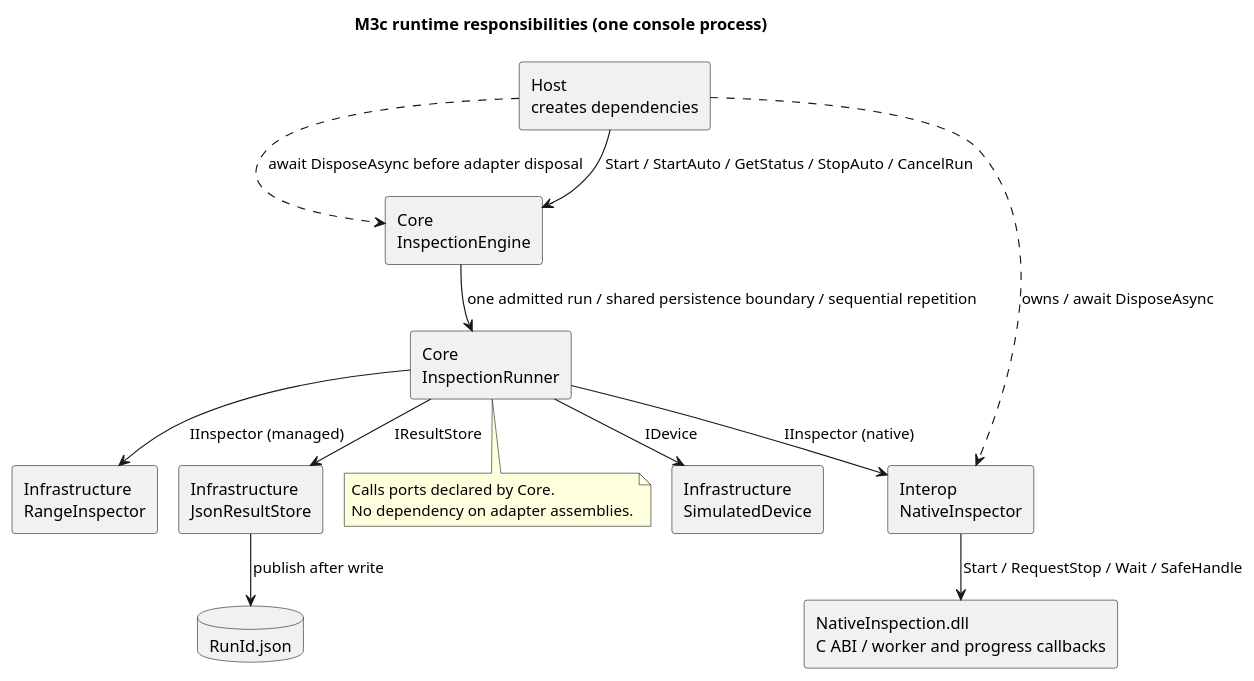
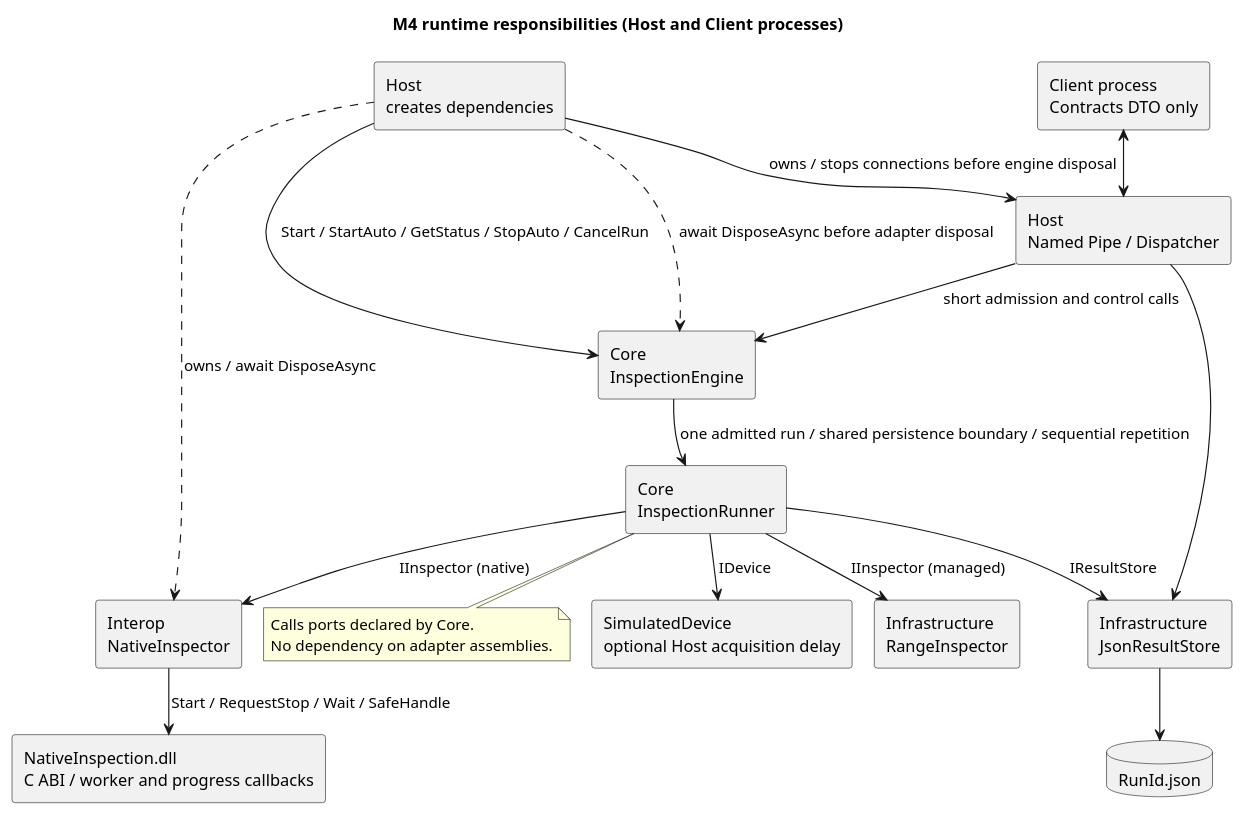
One commit to Myoungmin/CSharp-InspectionCore-Lab changed the diagram in docs/diagrams/architecture.puml. Above: the diagram before and after it, drawn with PlantUML. The commit also changed 47 other files, not shown here.

First line of the commit message:
feat: add named pipe IPC and separate inspection client

```diff
--- a/docs/diagrams/architecture.puml
+++ b/docs/diagrams/architecture.puml
@@ -1,28 +1,34 @@
 @startuml architecture
 !pragma layout smetana
-title M3c runtime responsibilities (one console process)
+title M4 runtime responsibilities (Host and Client processes)
 skinparam componentStyle rectangle
 component "Host\ncreates dependencies" as Host
+component "Client process\nContracts DTO only" as Client
+component "Host\nNamed Pipe / Dispatcher" as Server
 component "Core\nInspectionEngine" as Engine
 component "Core\nInspectionRunner" as Core
-component "Infrastructure\nSimulatedDevice" as Device
+component "SimulatedDevice\noptional Host acquisition delay" as Device
 component "Infrastructure\nRangeInspector" as Inspector
 component "Interop\nNativeInspector" as Native
 component "NativeInspection.dll\nC ABI / worker and progress callbacks" as DLL
 component "Infrastructure\nJsonResultStore" as Store
 database "RunId.json" as Result
 Host --> Engine : Start / StartAuto / GetStatus / StopAuto / CancelRun
+Client <--> Server
+Host --> Server : owns / stops connections before engine disposal
+Server --> Engine : short admission and control calls
+Server --> Store
 Engine --> Core : one admitted run / shared persistence boundary / sequential repetition
 Host ..> Engine : await DisposeAsync before adapter disposal
 Core --> Device : IDevice
 Core --> Inspector : IInspector (managed)
 Core --> Native : IInspector (native)
 Native --> DLL : Start / RequestStop / Wait / SafeHandle
 Host ..> Native : owns / await DisposeAsync
 Core --> Store : IResultStore
-Store --> Result : publish after write
+Store --> Result
 note bottom of Core
 Calls ports declared by Core.
 No dependency on adapter assemblies.
 end note
 @enduml
```
